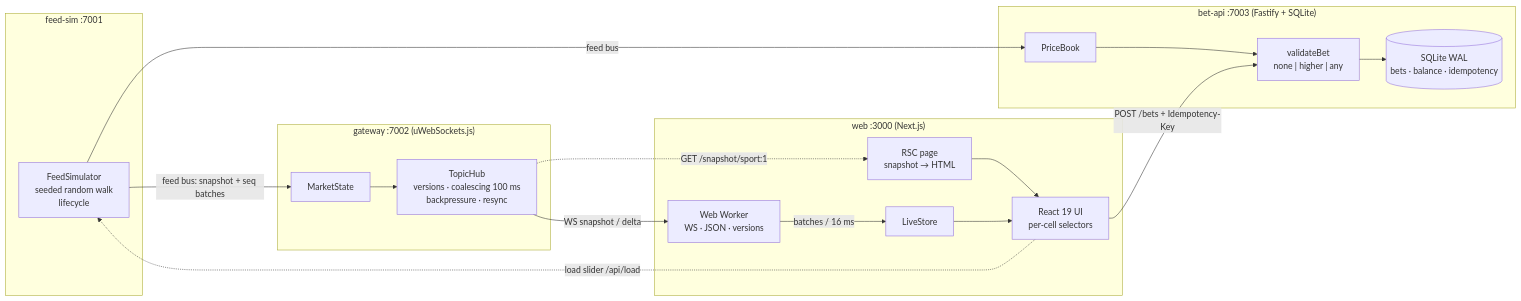
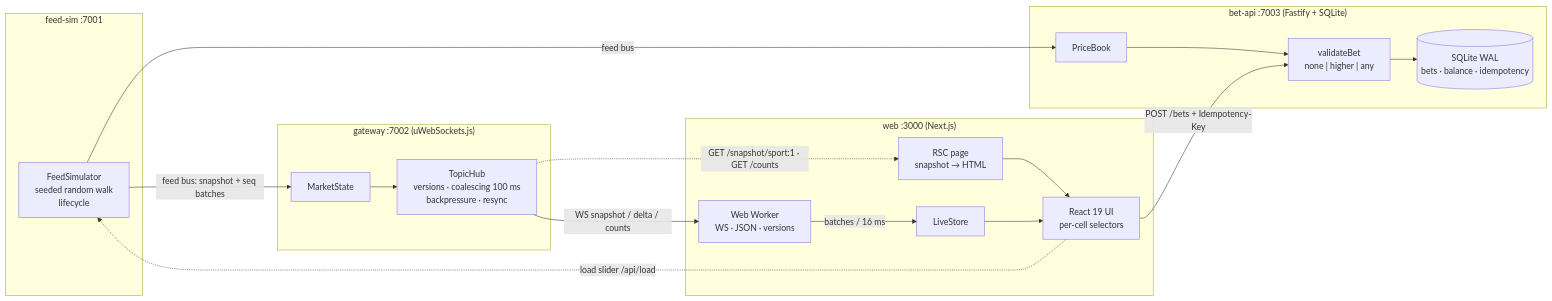
One commit to joradev93/liveline changed the diagram in README.md. Above: the diagram before and after it, drawn with Mermaid. The commit also changed other lines of this file and 55 other files, not shown here.

````diff
--- a/README.md
+++ b/README.md
@@ -24,23 +36,23 @@
 ```mermaid
 flowchart LR
   subgraph feed["feed-sim :7001"]
     SIM["FeedSimulator<br/>seeded random walk<br/>lifecycle"]
   end
   subgraph gw["gateway :7002 (uWebSockets.js)"]
     STATE["MarketState"] --> HUB["TopicHub<br/>versions · coalescing 100 ms<br/>backpressure · resync"]
   end
   subgraph bet["bet-api :7003 (Fastify + SQLite)"]
     BOOK["PriceBook"] --> VAL["validateBet<br/>none | higher | any"]
     VAL --> DB[("SQLite WAL<br/>bets · balance · idempotency")]
   end
   subgraph web["web :3000 (Next.js)"]
     RSC["RSC page<br/>snapshot → HTML"] --> UI["React 19 UI<br/>per-cell selectors"]
     WORKER["Web Worker<br/>WS · JSON · versions"] -- "batches / 16 ms" --> STORE["LiveStore"] --> UI
   end
   SIM -- "feed bus: snapshot + seq batches" --> STATE
   SIM -- "feed bus" --> BOOK
-  HUB -- "WS snapshot / delta" --> WORKER
-  HUB -. "GET /snapshot/sport:1" .-> RSC
+  HUB -- "WS snapshot / delta / counts" --> WORKER
+  HUB -. "GET /snapshot/sport:1 · GET /counts" .-> RSC
   UI -- "POST /bets + Idempotency-Key" --> VAL
   UI -. "load slider /api/load" .-> SIM
 ```
````
